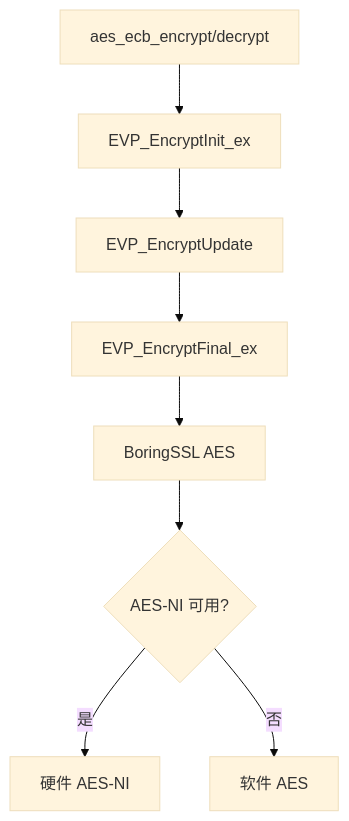
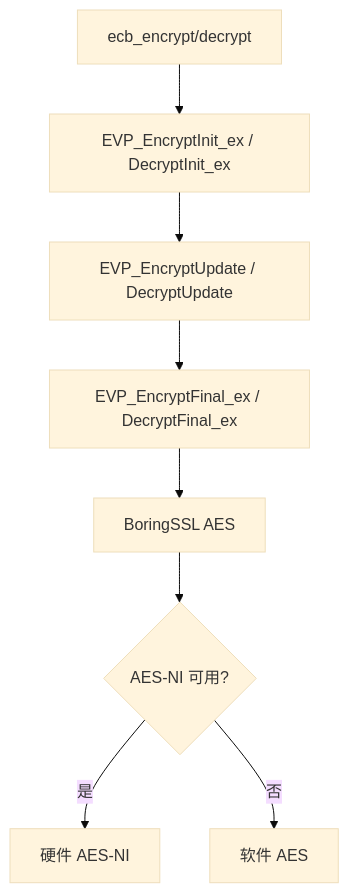
One commit to Hatedatastructures/PrismWiki changed the diagram in core/crypto/block.md. Above: the diagram before and after it, drawn with Mermaid (base theme). The commit also changed other lines of this file and 273 other files, not shown here.

````diff
--- a/core/crypto/block.md
+++ b/core/crypto/block.md
@@ -181,10 +225,10 @@
 ```mermaid
 graph TD
-    A[aes_ecb_encrypt/decrypt] --> B[EVP_EncryptInit_ex]
-    B --> C[EVP_EncryptUpdate]
-    C --> D[EVP_EncryptFinal_ex]
+    A[ecb_encrypt/decrypt] --> B[EVP_EncryptInit_ex / DecryptInit_ex]
+    B --> C[EVP_EncryptUpdate / DecryptUpdate]
+    C --> D[EVP_EncryptFinal_ex / DecryptFinal_ex]
     D --> E[BoringSSL AES]
     E --> F{AES-NI 可用?}
     F -->|是| G[硬件 AES-NI]
     F -->|否| H[软件 AES]
 ```
````
